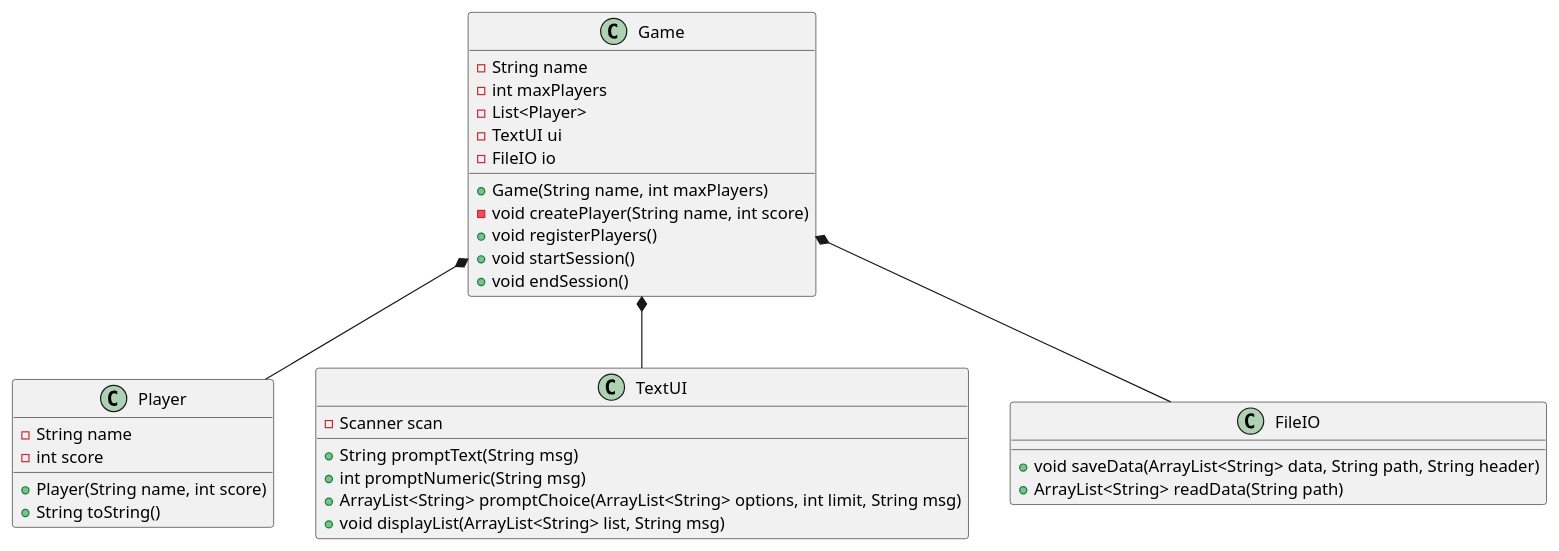
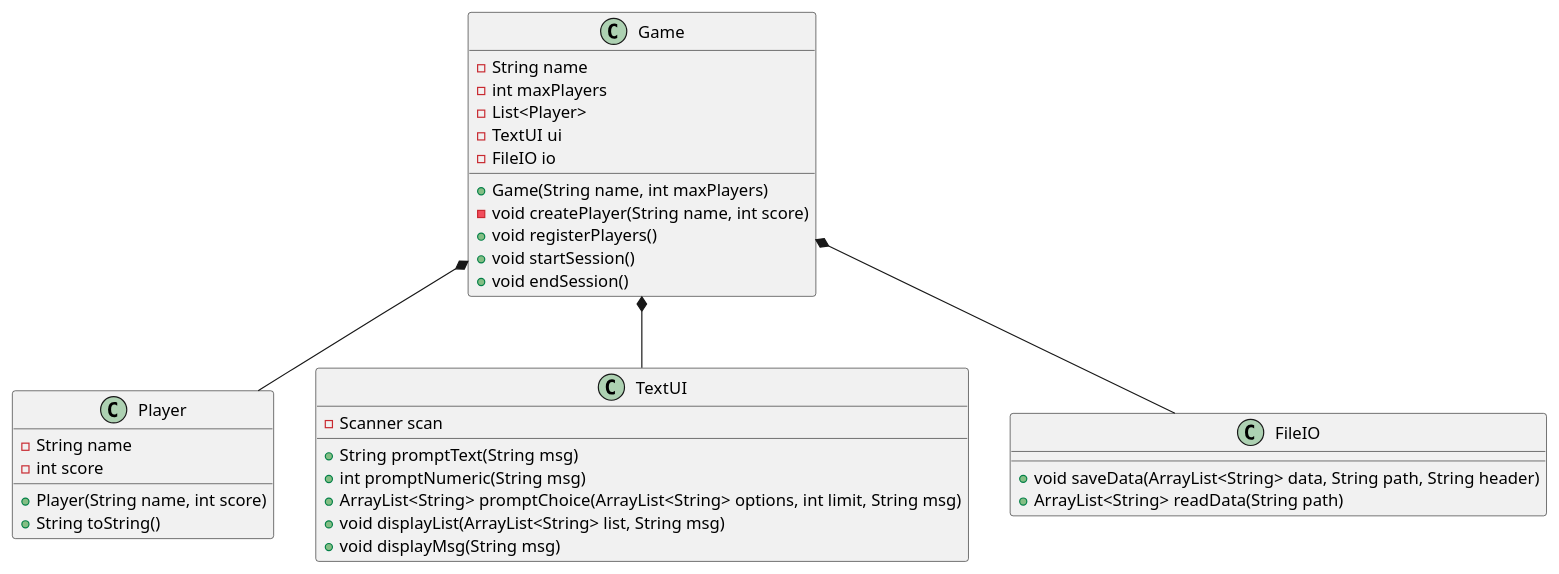
One commit to Dat1Cphbusiness/MonopolyE25Bornholm changed the diagram in doc/classdiagram_v0.puml. Above: the diagram before and after it, drawn with PlantUML.

Commit message:
added method to FileIO

```diff
--- a/doc/classdiagram_v0.puml
+++ b/doc/classdiagram_v0.puml
@@ -1,52 +1,53 @@
 @startuml
 'https://plantuml.com/class-diagram
 
 class Game
 class Player
 
 
 Game *-- Player
 Game *-- TextUI
 Game *-- FileIO
 
 
 
 class Game {
 - String name
 - int maxPlayers
 - List<Player>
 - TextUI ui
 - FileIO io
 + Game(String name, int maxPlayers)
 - void createPlayer(String name, int score)
 + void registerPlayers()
 + void startSession()
 + void endSession()
 
 }
 class Player {
 - String name
 - int score
 + Player(String name, int score)
 + String toString()
 }
 
 class TextUI {
 - Scanner scan
 ' shows a message and returns the user's input as a String
 + String promptText(String msg)
 ' shows a message and returns the user's input as an integer
 + int promptNumeric(String msg)
 ' shows the options, promts for choices until limit is reached, and returns the user's choices as a list
 + ArrayList<String> promptChoice(ArrayList<String> options, int limit, String msg)
 ' shows a message and lists the content of a list
 +  void displayList(ArrayList<String> list, String msg)
-
+' shows a message
++ void displayMsg(String msg)
 }
 
 class FileIO{
 + void saveData(ArrayList<String> data, String path, String header)
 + ArrayList<String> readData(String path)
 }
 
 @enduml
```
